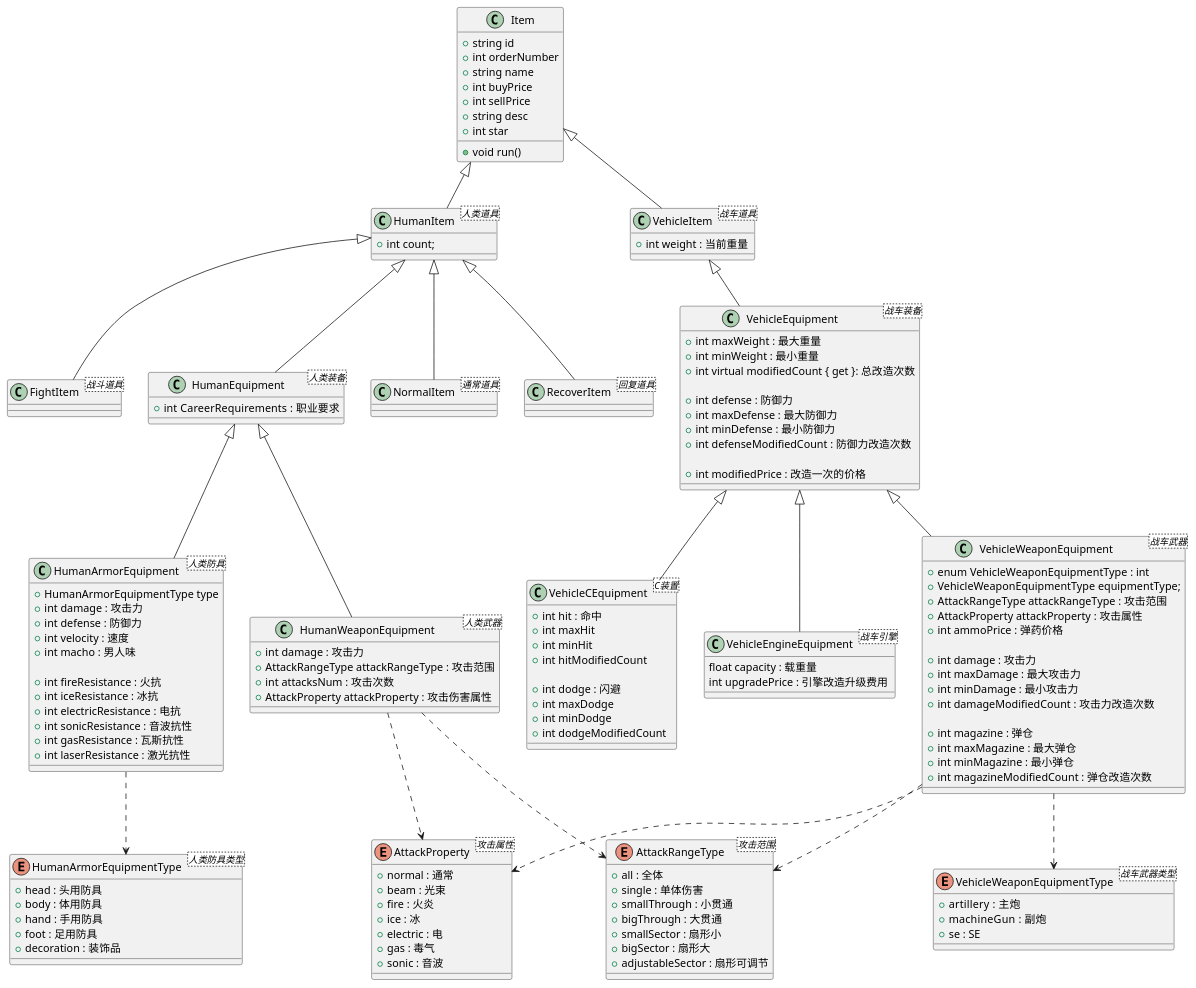
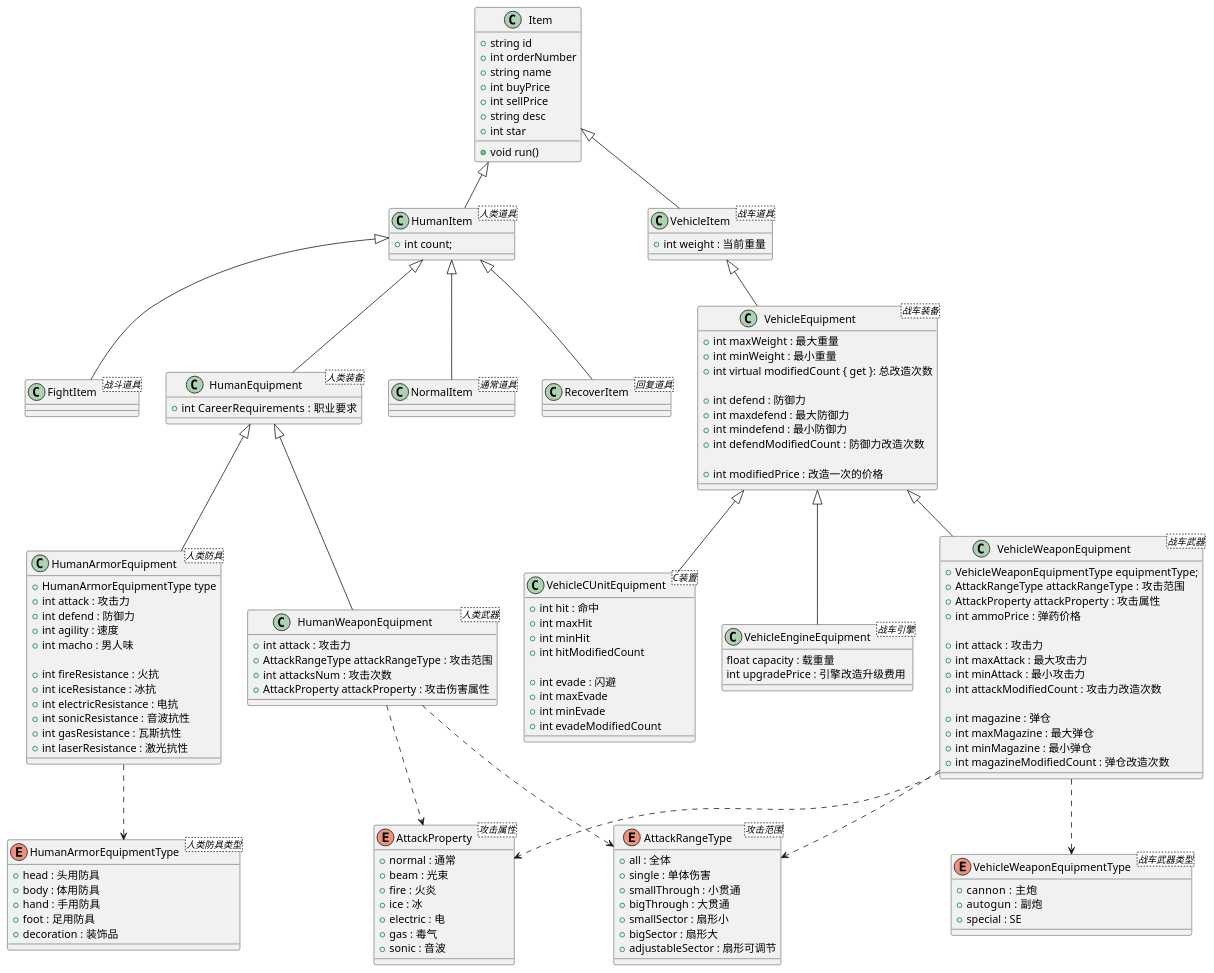
One commit to Finb/MMX changed the diagram in Docs/ClassDiagram/Item.pu. Above: the diagram before and after it, drawn with PlantUML. The commit also changed 13 other files, not shown here.

```diff
--- a/Docs/ClassDiagram/Item.pu
+++ b/Docs/ClassDiagram/Item.pu
@@ -1,173 +1,172 @@
 @startuml Item 
 Item <|-- HumanItem
 HumanItem <|-- NormalItem
 HumanItem <|-- RecoverItem
 HumanItem <|-- FightItem
 HumanItem <|-- HumanEquipment
 HumanEquipment <|-- HumanWeaponEquipment
 HumanWeaponEquipment ..>  AttackProperty
 HumanWeaponEquipment ..>  AttackRangeType
 HumanEquipment <|-- HumanArmorEquipment
 HumanArmorEquipment ..> HumanArmorEquipmentType
 
 Item <|-- VehicleItem
 VehicleItem <|-- VehicleEquipment
 VehicleEquipment <|-- VehicleWeaponEquipment
 VehicleWeaponEquipment ..>  AttackProperty
 VehicleWeaponEquipment ..>  AttackRangeType
 VehicleWeaponEquipment ..> VehicleWeaponEquipmentType
-VehicleEquipment <|-- VehicleCEquipment
+VehicleEquipment <|-- VehicleCUnitEquipment
 VehicleEquipment <|-- VehicleEngineEquipment
 
 
 class Item 
 {
    + string id
    + int orderNumber
    + string name
    + int buyPrice
    + int sellPrice
    + string desc
    + int star
    + void run()
 }
 
 class HumanItem  <人类道具>
 {
     + int count;
 }
 class NormalItem <通常道具>
 {
     
 }
 class RecoverItem <回复道具>
 {
 
 }
 class FightItem <战斗道具>
 {
 
 }
 class HumanEquipment <人类装备>
 {
     + int CareerRequirements :  职业要求
 }
 class HumanWeaponEquipment <人类武器>
 {
 
-    + int damage : 攻击力
+    + int attack : 攻击力
     + AttackRangeType attackRangeType : 攻击范围
     + int attacksNum : 攻击次数
     + AttackProperty attackProperty : 攻击伤害属性
 }
 
 class HumanArmorEquipment <人类防具>
 {
     + HumanArmorEquipmentType type
-    + int damage : 攻击力
-    + int defense : 防御力
-    + int velocity : 速度
+    + int attack : 攻击力
+    + int defend : 防御力
+    + int agility : 速度
     + int macho : 男人味
 
     + int fireResistance : 火抗
     + int iceResistance : 冰抗
     + int electricResistance : 电抗
     + int sonicResistance : 音波抗性
     + int gasResistance : 瓦斯抗性
     + int laserResistance : 激光抗性
 }
 
 class VehicleItem <战车道具>
 {
     + int weight : 当前重量
 }
 
 class VehicleEquipment <战车装备>
 {
     + int maxWeight : 最大重量
     + int minWeight : 最小重量
     + int virtual modifiedCount { get }: 总改造次数 
 
-    + int defense : 防御力
-    + int maxDefense : 最大防御力
-    + int minDefense : 最小防御力
-    + int defenseModifiedCount : 防御力改造次数
+    + int defend : 防御力
+    + int maxdefend : 最大防御力
+    + int mindefend : 最小防御力
+    + int defendModifiedCount : 防御力改造次数
 
     + int modifiedPrice : 改造一次的价格
 }
 
 class VehicleWeaponEquipment <战车武器>
 {
-    + enum VehicleWeaponEquipmentType : int
     + VehicleWeaponEquipmentType equipmentType;
     + AttackRangeType attackRangeType : 攻击范围
     + AttackProperty attackProperty : 攻击属性
     + int ammoPrice : 弹药价格
 
-    + int damage : 攻击力
-    + int maxDamage : 最大攻击力
-    + int minDamage : 最小攻击力
-    + int damageModifiedCount : 攻击力改造次数
+    + int attack : 攻击力
+    + int maxAttack : 最大攻击力
+    + int minAttack : 最小攻击力
+    + int attackModifiedCount : 攻击力改造次数
 
     + int magazine : 弹仓
     + int maxMagazine : 最大弹仓
     + int minMagazine : 最小弹仓
     + int magazineModifiedCount : 弹仓改造次数
 }
 
-class VehicleCEquipment <C装置>
+class VehicleCUnitEquipment <C装置>
 {
     
     + int hit : 命中
     + int maxHit
     + int minHit
     + int hitModifiedCount
 
-    + int dodge : 闪避
-    + int maxDodge
-    + int minDodge
-    + int dodgeModifiedCount
+    + int evade : 闪避
+    + int maxEvade
+    + int minEvade
+    + int evadeModifiedCount
 }
 
 class VehicleEngineEquipment <战车引擎>
 {
     float capacity : 载重量
     int upgradePrice : 引擎改造升级费用
 }
 
 enum HumanArmorEquipmentType <人类防具类型>
 {
     + head : 头用防具
     + body : 体用防具
     + hand : 手用防具
     + foot : 足用防具
     + decoration : 装饰品
 }
 enum VehicleWeaponEquipmentType <战车武器类型>
 {
-    + artillery  : 主炮
-    + machineGun  : 副炮
-    + se : SE
+    + cannon  : 主炮
+    + autogun  : 副炮
+    + special : SE
 }
 enum AttackProperty <攻击属性>
 {
     + normal : 通常
     + beam : 光束
     + fire : 火炎
     + ice : 冰
     + electric : 电
     + gas : 毒气
     + sonic : 音波
 }
 enum AttackRangeType <攻击范围>
 {
     + all : 全体  
     + single : 单体伤害  
     + smallThrough : 小贯通  
     + bigThrough : 大贯通  
     + smallSector : 扇形小  
     + bigSector : 扇形大  
     + adjustableSector : 扇形可调节  
 }
 
 @enduml
```
